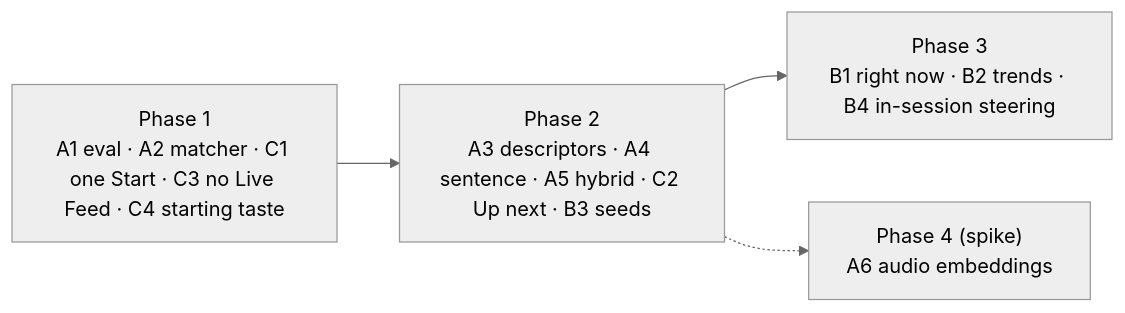
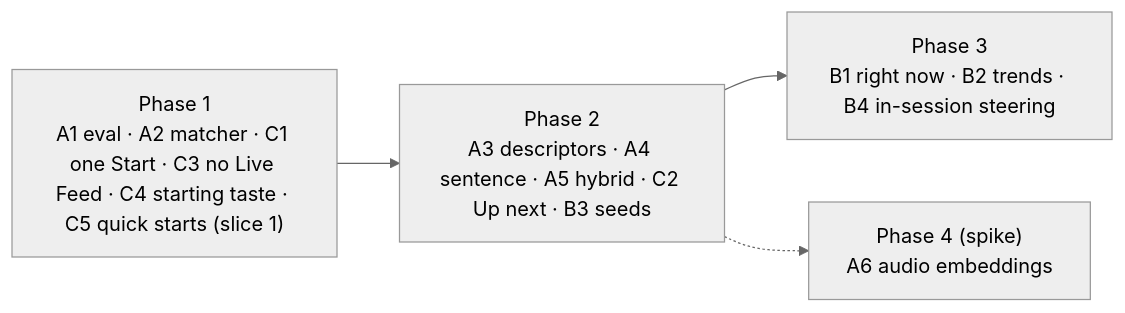
Before and after one commit to akoita/resonate: the diagram in docs/roadmap/2026-10-ai-dj-quality-and-experience.md, drawn with Mermaid (neutral theme). The commit also changed other lines of this file and 1 other file, not shown here.

First line of the commit message:
docs(roadmap): add AI DJ quick-starts redesign (#2249) to the quality plan

````diff
--- a/docs/roadmap/2026-10-ai-dj-quality-and-experience.md
+++ b/docs/roadmap/2026-10-ai-dj-quality-and-experience.md
@@ -262,6 +263,6 @@
 ```mermaid
 flowchart LR
-  P1["Phase 1<br/>A1 eval · A2 matcher · C1 one Start · C3 no Live Feed · C4 starting taste"] --> P2["Phase 2<br/>A3 descriptors · A4 sentence · A5 hybrid · C2 Up next · B3 seeds"]
+  P1["Phase 1<br/>A1 eval · A2 matcher · C1 one Start · C3 no Live Feed · C4 starting taste · C5 quick starts (slice 1)"] --> P2["Phase 2<br/>A3 descriptors · A4 sentence · A5 hybrid · C2 Up next · B3 seeds"]
   P2 --> P3["Phase 3<br/>B1 right now · B2 trends · B4 in-session steering"]
   P2 -.-> P4["Phase 4 (spike)<br/>A6 audio embeddings"]
 ```
````
